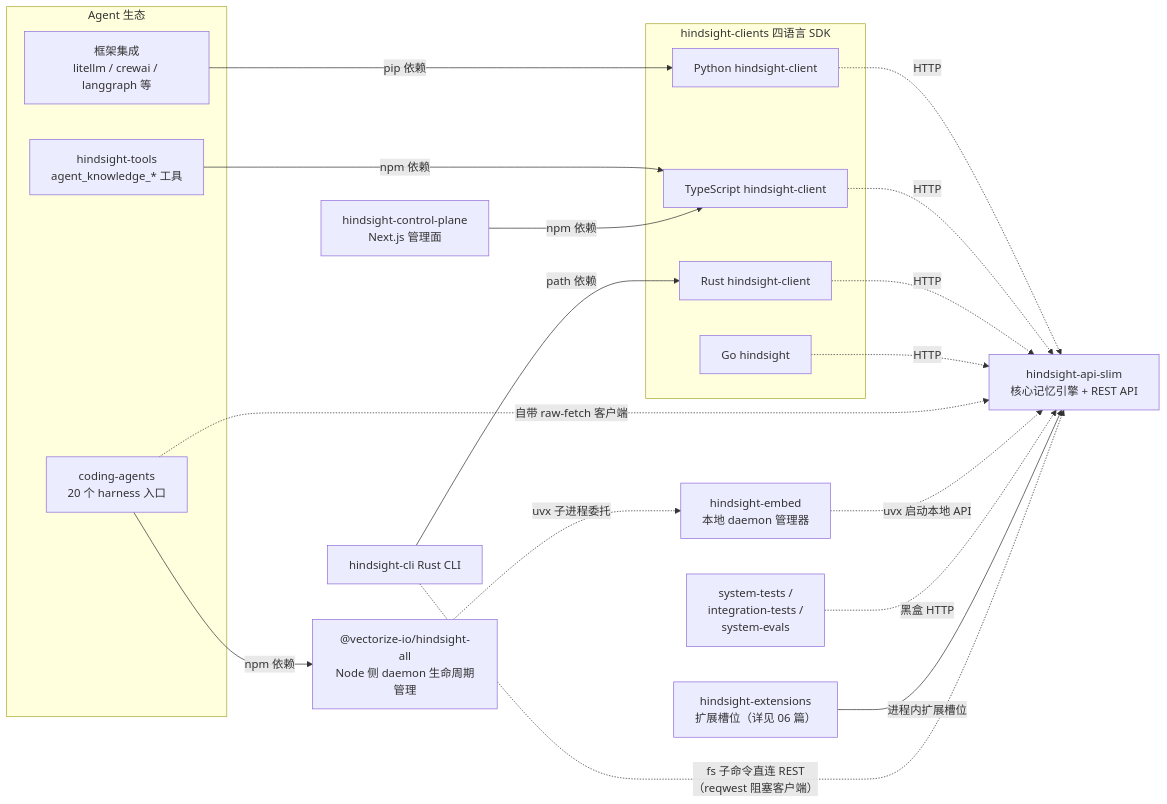
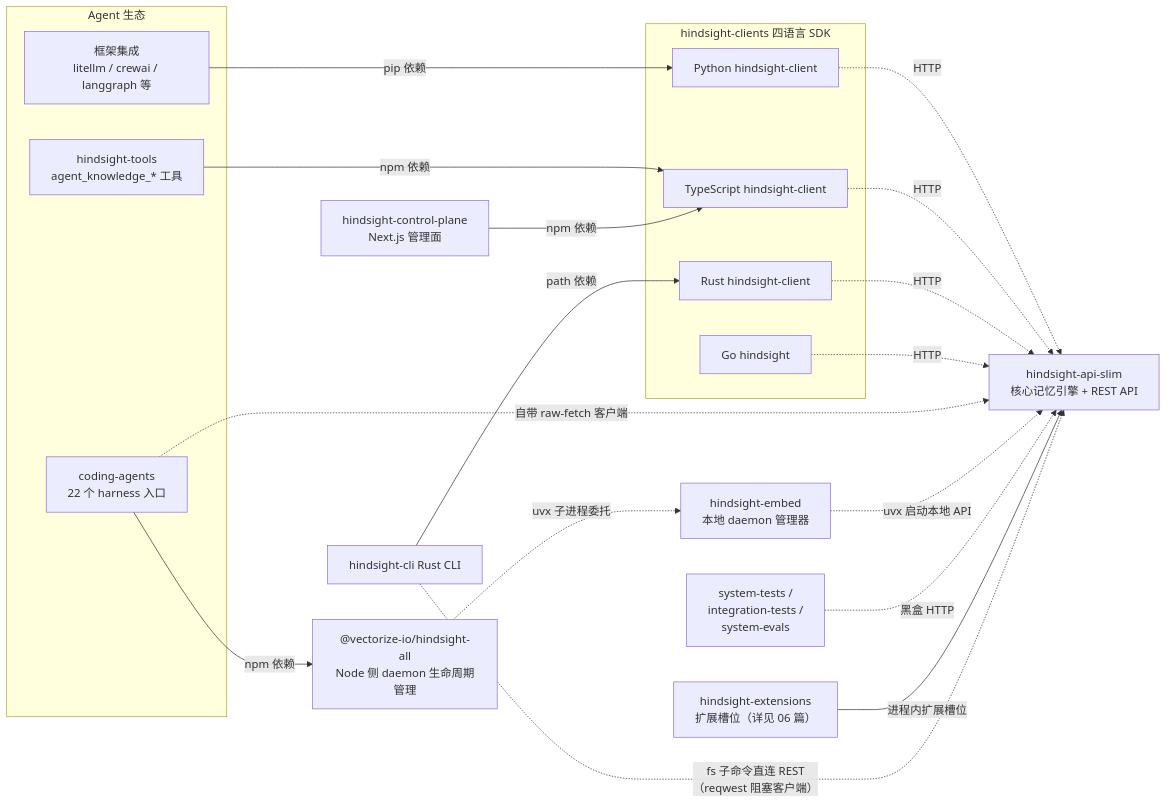
Before and after one commit to stefanv5/memory-platform-architecture: the first of 4 diagrams in docs/hindsight/source-study/07-外围生态.md, drawn with Mermaid. The commit also changed other lines of this file and 8 other files, not shown here.

````diff
--- a/docs/hindsight/source-study/07-外围生态.md
+++ b/docs/hindsight/source-study/07-外围生态.md
@@ -15,40 +15,40 @@
 ```mermaid
 flowchart LR
     CORE["hindsight-api-slim<br/>核心记忆引擎 + REST API"]
 
     subgraph CLIENTS["hindsight-clients 四语言 SDK"]
         SDKPY["Python hindsight-client"]
         SDKTS["TypeScript hindsight-client"]
         SDKRS["Rust hindsight-client"]
         SDKGO["Go hindsight"]
     end
 
     subgraph AGENTS["Agent 生态"]
-        CODING["coding-agents<br/>20 个 harness 入口"]
+        CODING["coding-agents<br/>22 个 harness 入口"]
         TOOLSDK["hindsight-tools<br/>agent_knowledge_* 工具"]
         FRAMEWORKS["框架集成<br/>litellm / crewai / langgraph 等"]
     end
 
     CLI["hindsight-cli Rust CLI"]
     CP["hindsight-control-plane<br/>Next.js 管理面"]
     EMBED["hindsight-embed<br/>本地 daemon 管理器"]
     EXT["hindsight-extensions<br/>扩展槽位（详见 06 篇）"]
     TESTS["system-tests /<br/>integration-tests /<br/>system-evals"]
 
     SDKPY -.->|"HTTP"| CORE
     SDKTS -.->|"HTTP"| CORE
     SDKRS -.->|"HTTP"| CORE
     SDKGO -.->|"HTTP"| CORE
     CLI -->|"path 依赖"| SDKRS
     HALL["@vectorize-io/hindsight-all<br/>Node 侧 daemon 生命周期管理"]
     CODING -->|"npm 依赖"| HALL
     HALL -.->|"uvx 子进程委托"| EMBED
     CODING -.->|"自带 raw-fetch 客户端"| CORE
     TOOLSDK -->|"npm 依赖"| SDKTS
     CP -->|"npm 依赖"| SDKTS
     FRAMEWORKS -->|"pip 依赖"| SDKPY
     EMBED -.->|"uvx 启动本地 API"| CORE
     TESTS -.->|"黑盒 HTTP"| CORE
     EXT -->|"进程内扩展槽位"| CORE
     CLI -.->|"fs 子命令直连 REST<br/>（reqwest 阻塞客户端）"| CORE
 ```
````
